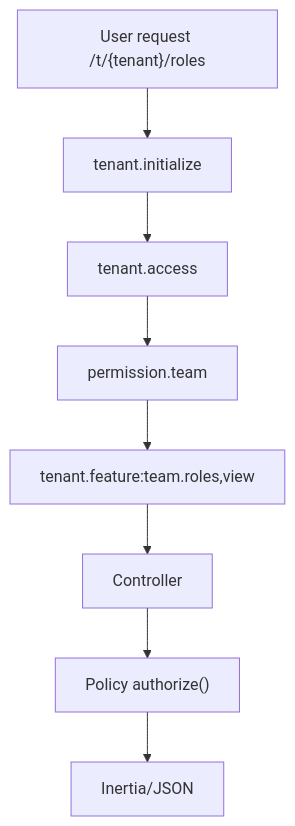
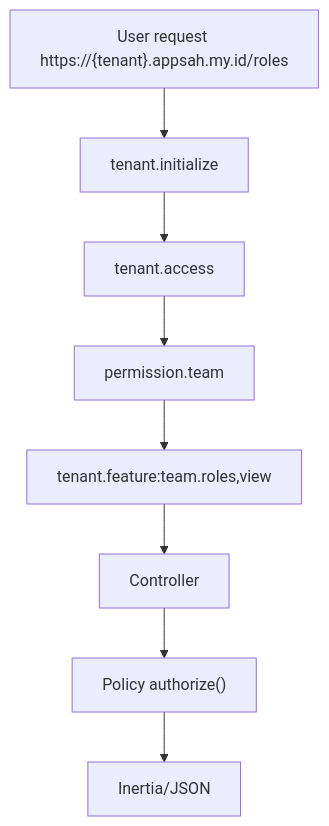
One commit to mutihakim/saasSG changed the diagram in project/docs/03-features/rbac.md. Above: the diagram before and after it, drawn with Mermaid. The commit also changed other lines of this file and 7 other files, not shown here.

Commit message:
docs: sync all markdown with current subdomain and reverb architectures

````diff
--- a/project/docs/03-features/rbac.md
+++ b/project/docs/03-features/rbac.md
@@ -14,10 +14,10 @@
 ```mermaid
 flowchart TD
-  A["User request /t/{tenant}/roles"] --> B["tenant.initialize"]
+  A["User request https://{tenant}.appsah.my.id/roles"] --> B["tenant.initialize"]
   B --> C["tenant.access"]
   C --> D["permission.team"]
   D --> E["tenant.feature:team.roles,view"]
   E --> F["Controller"]
   F --> G["Policy authorize()"]
   G --> H["Inertia/JSON"]
 ```
````
